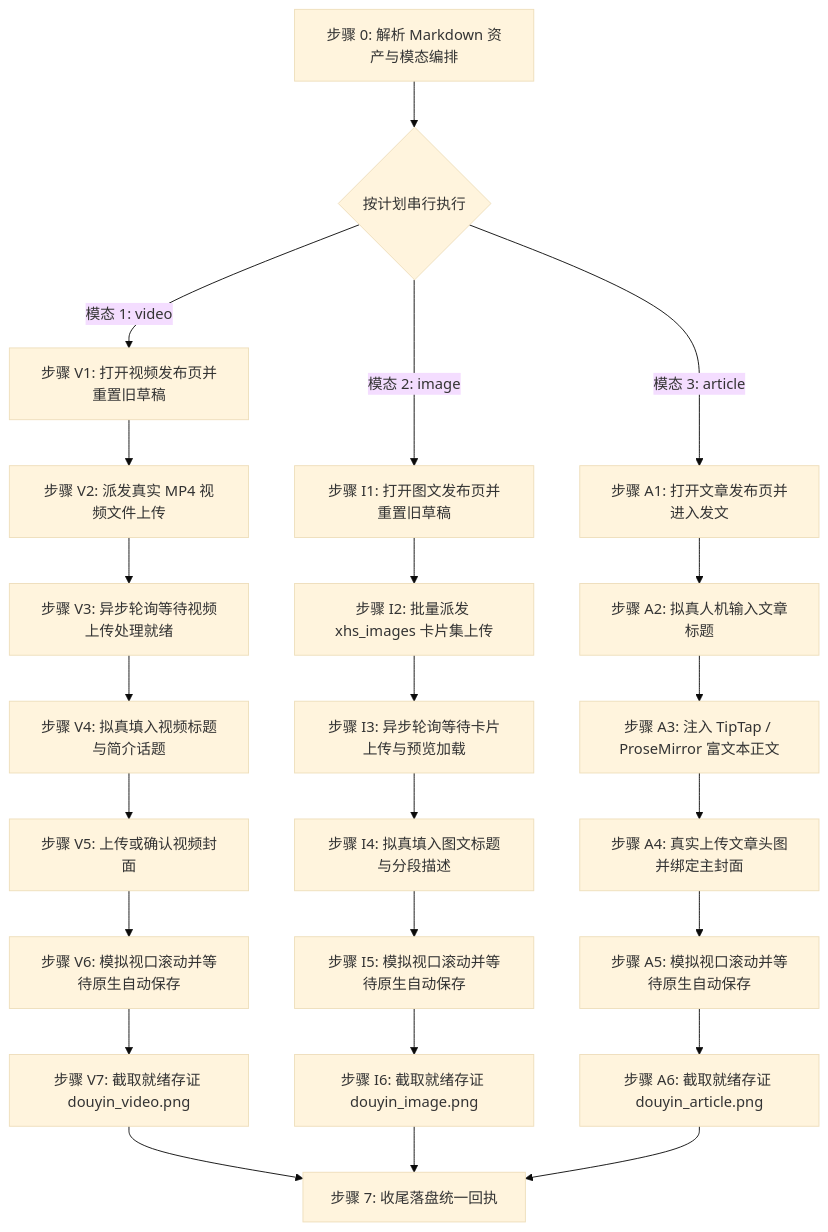
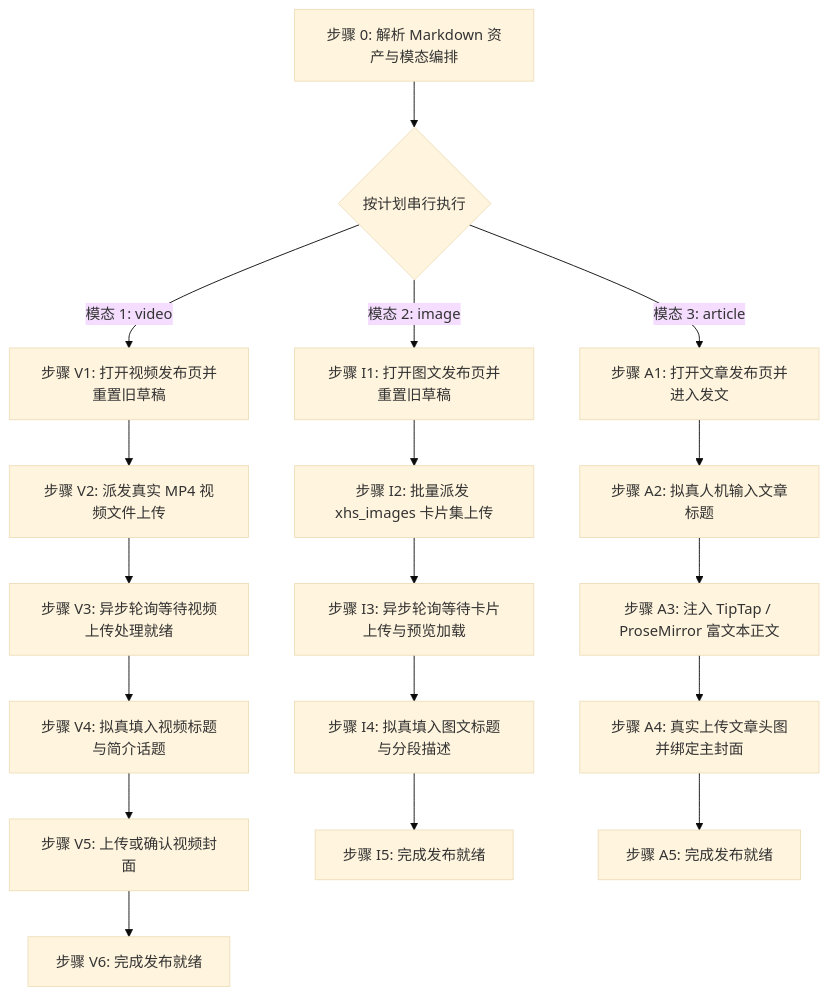
The diagram in skills/doudou-douyin/SKILL.md (undsky/doudou-publish-skills), drawn with Mermaid (base theme) before and after one commit. The commit also changed other lines of this file and 57 other files, not shown here.

````diff
--- a/skills/doudou-douyin/SKILL.md
+++ b/skills/doudou-douyin/SKILL.md
@@ -135,30 +12,23 @@
 ```mermaid
 flowchart TD
     S0[步骤 0: 解析 Markdown 资产与模态编排] --> MP{按计划串行执行}
 
     MP -->|模态 1: video| V1[步骤 V1: 打开视频发布页并重置旧草稿]
     V1 --> V2[步骤 V2: 派发真实 MP4 视频文件上传]
     V2 --> V3[步骤 V3: 异步轮询等待视频上传处理就绪]
     V3 --> V4[步骤 V4: 拟真填入视频标题与简介话题]
     V4 --> V5[步骤 V5: 上传或确认视频封面]
-    V5 --> V6[步骤 V6: 模拟视口滚动并等待原生自动保存]
-    V6 --> V7[步骤 V7: 截取就绪存证 douyin_video.png]
+    V5 --> V6[步骤 V6: 完成发布就绪]
 
     MP -->|模态 2: image| I1[步骤 I1: 打开图文发布页并重置旧草稿]
     I1 --> I2[步骤 I2: 批量派发 xhs_images 卡片集上传]
     I2 --> I3[步骤 I3: 异步轮询等待卡片上传与预览加载]
     I3 --> I4[步骤 I4: 拟真填入图文标题与分段描述]
-    I4 --> I5[步骤 I5: 模拟视口滚动并等待原生自动保存]
-    I5 --> I6[步骤 I6: 截取就绪存证 douyin_image.png]
+    I4 --> I5[步骤 I5: 完成发布就绪]
 
     MP -->|模态 3: article| A1[步骤 A1: 打开文章发布页并进入发文]
     A1 --> A2[步骤 A2: 拟真人机输入文章标题]
     A2 --> A3[步骤 A3: 注入 TipTap / ProseMirror 富文本正文]
     A3 --> A4[步骤 A4: 真实上传文章头图并绑定主封面]
-    A4 --> A5[步骤 A5: 模拟视口滚动并等待原生自动保存]
-    A5 --> A6[步骤 A6: 截取就绪存证 douyin_article.png]
-
-    V7 --> R0[步骤 7: 收尾落盘统一回执]
-    I6 --> R0
-    A6 --> R0
+    A4 --> A5[步骤 A5: 完成发布就绪]
 ```
````
